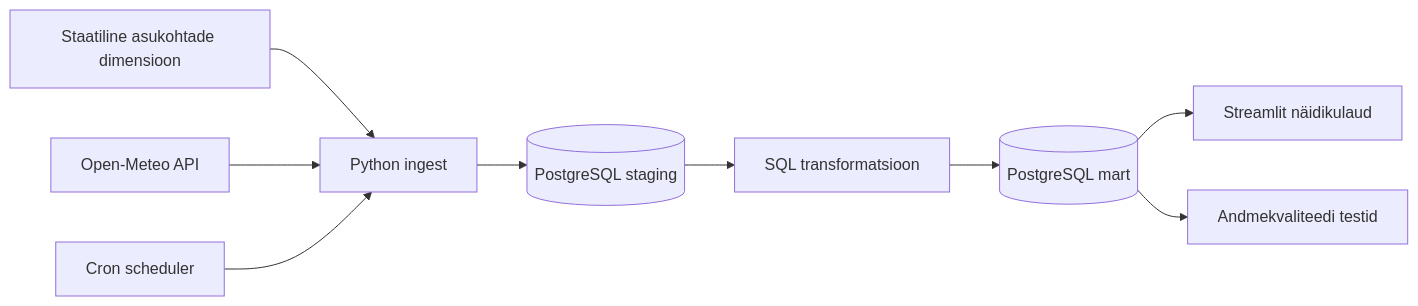
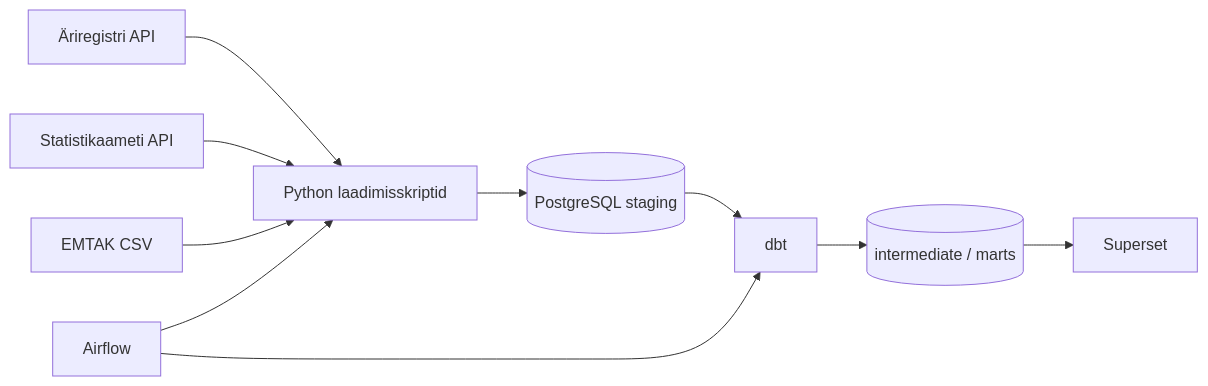
Before and after one commit to svaino/andmeinseneride-projekt: the diagram in README.md, drawn with Mermaid. The commit also changed other lines of this file, not shown here.

````diff
--- a/README.md
+++ b/README.md
@@ -35,11 +32,12 @@
 ```mermaid
 flowchart LR
-    I[Staatiline asukohtade dimensioon] --> B[Python ingest]
-    A[Open-Meteo API] --> B[Python ingest]
+    A[Äriregistri API] --> B[Python laadimisskriptid]
+    S[Statistikaameti API] --> B
+    F[EMTAK CSV] --> B
     B --> C[(PostgreSQL staging)]
-    C --> D[SQL transformatsioon]
-    D --> E[(PostgreSQL mart)]
-    E --> F[Streamlit näidikulaud]
-    E --> G[Andmekvaliteedi testid]
-    H[Cron scheduler] --> B
+    C --> D[dbt]
+    D --> E[(intermediate / marts)]
+    E --> G[Superset]
+    H[Airflow] --> B
+    H --> D
 ```
````
